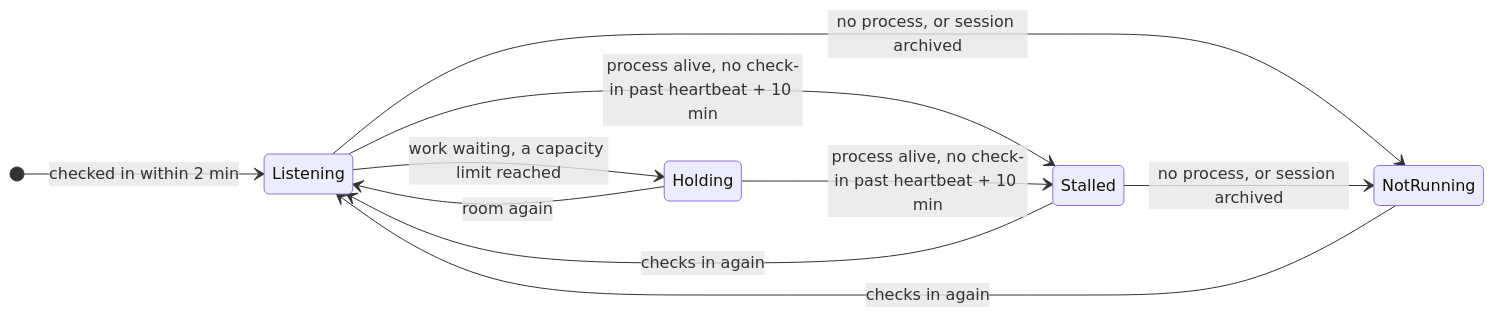
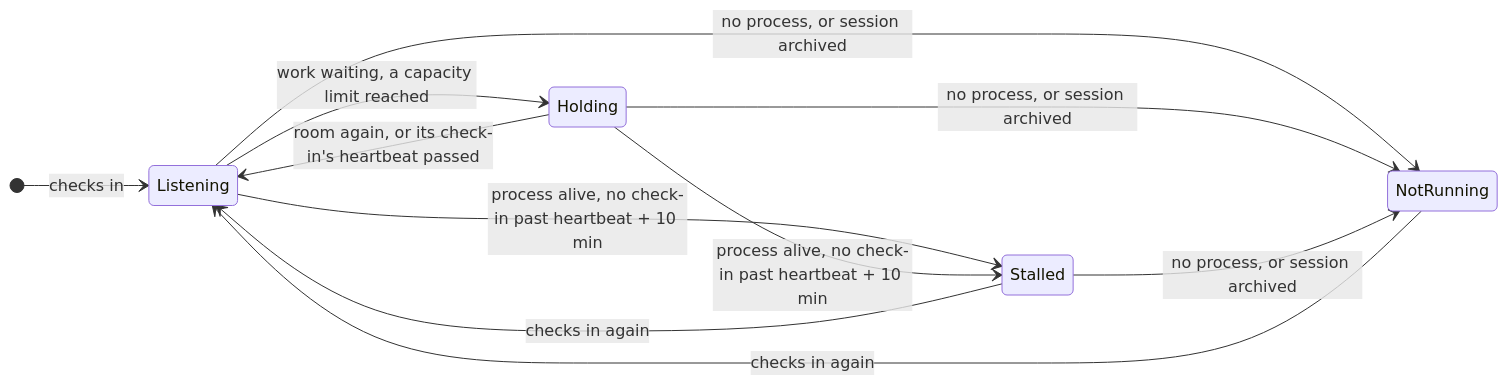
The second of 2 diagrams in .devbook/arc42/adr/0051-scheduled-runs-and-loop-sessions-report-to-backlog-over-mcp.md (JSdotNet/Backlog), drawn with Mermaid before and after one commit. The commit also changed other lines of this file and 34 other files, not shown here.

````diff
--- a/.devbook/arc42/adr/0051-scheduled-runs-and-loop-sessions-report-to-backlog-over-mcp.md
+++ b/.devbook/arc42/adr/0051-scheduled-runs-and-loop-sessions-report-to-backlog-over-mcp.md
@@ -151,13 +151,14 @@
 ```mermaid
 stateDiagram-v2
   direction LR
-  [*] --> Listening: checked in within 2 min
+  [*] --> Listening: checks in
   Listening --> Holding: work waiting, a capacity limit reached
-  Holding --> Listening: room again
+  Holding --> Listening: room again, or its check-in's heartbeat passed
   Listening --> Stalled: process alive, no check-in past heartbeat + 10 min
   Holding --> Stalled: process alive, no check-in past heartbeat + 10 min
   Stalled --> Listening: checks in again
   Listening --> NotRunning: no process, or session archived
+  Holding --> NotRunning: no process, or session archived
   Stalled --> NotRunning: no process, or session archived
   NotRunning --> Listening: checks in again
 ```
````
